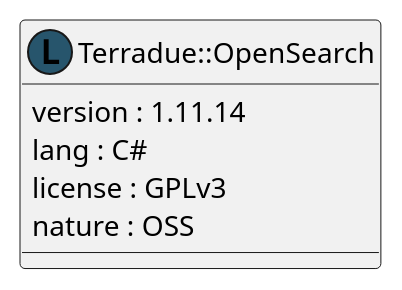
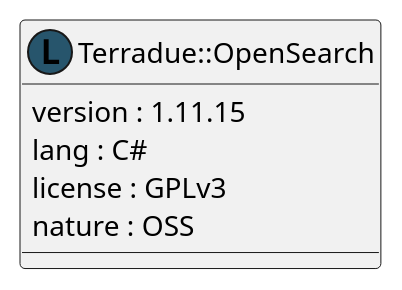
Before and after one commit to urban-tep/DDF-SDD: the diagram in source/namespaces/namespace_terradue_1_1_open_search.iuml, drawn with PlantUML. The commit also changed 34 other files, not shown here.

```diff
--- a/source/namespaces/namespace_terradue_1_1_open_search.iuml
+++ b/source/namespaces/namespace_terradue_1_1_open_search.iuml
@@ -1,8 +1,8 @@
 @startuml
   class "Terradue::OpenSearch" as namespace_terradue_1_1_open_search << (L, #27556C) >> [[../namespaces/namespace_terradue_1_1_open_search.html]] {
-     version : 1.11.14 
+     version : 1.11.15 
      lang : C#
      license : GPLv3
      nature : OSS
   }
 @enduml
```
